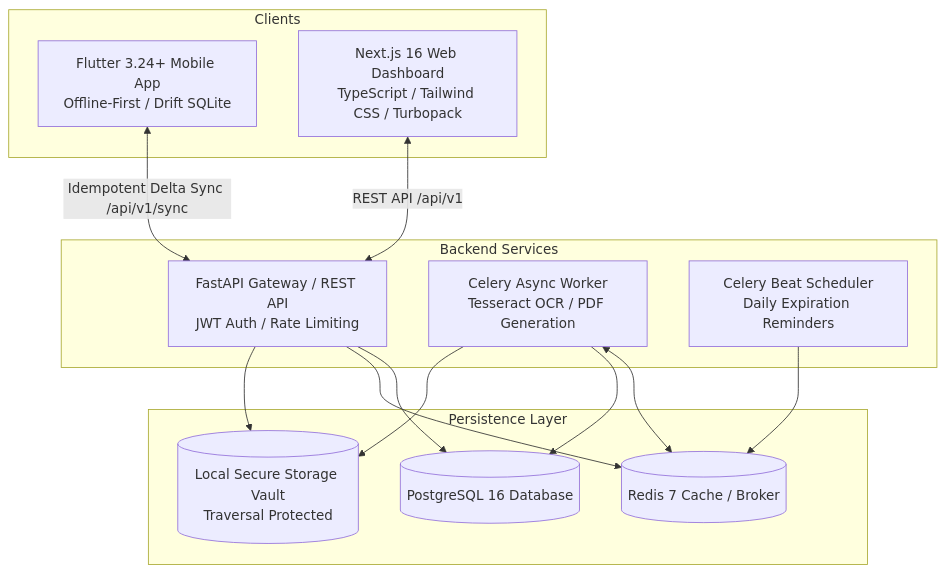
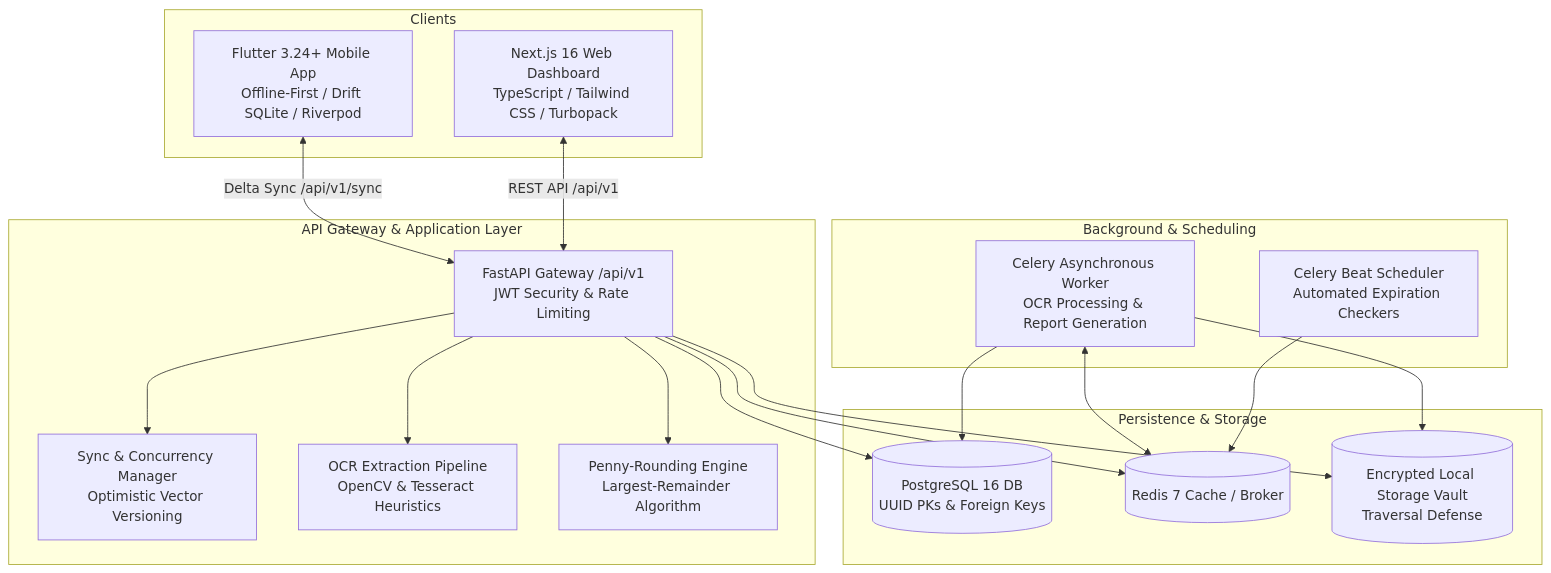
One commit to Ayyappanmj/Vaultly changed the first of 2 diagrams in README.md. Above: the diagram before and after it, drawn with Mermaid. The commit also changed other lines of this file and 3 other files, not shown here.

Commit message:
docs: overhaul README with system architecture, engineering deep dives, and test documentation

````diff
--- a/README.md
+++ b/README.md
@@ -16,31 +40,41 @@
 ```mermaid
-graph TD
+graph TB
     subgraph Clients
-        Mobile[Flutter 3.24+ Mobile App<br/>Offline-First / Drift SQLite]
+        Mobile[Flutter 3.24+ Mobile App<br/>Offline-First / Drift SQLite / Riverpod]
         Web[Next.js 16 Web Dashboard<br/>TypeScript / Tailwind CSS / Turbopack]
     end
 
-    subgraph Backend Services
-        API[FastAPI Gateway / REST API<br/>JWT Auth / Rate Limiting]
-        Worker[Celery Async Worker<br/>Tesseract OCR / PDF Generation]
-        Beat[Celery Beat Scheduler<br/>Daily Expiration Reminders]
+    subgraph "API Gateway & Application Layer"
+        FastAPI[FastAPI Gateway /api/v1<br/>JWT Security & Rate Limiting]
+        SyncEngine[Sync & Concurrency Manager<br/>Optimistic Vector Versioning]
+        OCREngine[OCR Extraction Pipeline<br/>OpenCV & Tesseract Heuristics]
+        SplitEngine[Penny-Rounding Engine<br/>Largest-Remainder Algorithm]
     end
 
-    subgraph Persistence Layer
-        DB[(PostgreSQL 16 Database)]
-        Cache[(Redis 7 Cache / Broker)]
-        Storage[(Local Secure Storage Vault<br/>Traversal Protected)]
+    subgraph "Background & Scheduling"
+        CeleryWorker[Celery Asynchronous Worker<br/>OCR Processing & Report Generation]
+        CeleryBeat[Celery Beat Scheduler<br/>Automated Expiration Checkers]
     end
 
-    Mobile <-->|Idempotent Delta Sync /api/v1/sync| API
-    Web <-->|REST API /api/v1| API
+    subgraph "Persistence & Storage"
+        Postgres[(PostgreSQL 16 DB<br/>UUID PKs & Foreign Keys)]
+        Redis[(Redis 7 Cache / Broker)]
+        SecureVault[(Encrypted Local Storage Vault<br/>Traversal Defense)]
+    end
 
-    API --> DB
-    API --> Cache
-    API --> Storage
+    Mobile <-->|Delta Sync /api/v1/sync| FastAPI
+    Web <-->|REST API /api/v1| FastAPI
 
-    Worker <--> Cache
-    Worker --> DB
-    Worker --> Storage
-    Beat --> Cache
+    FastAPI --> SyncEngine
+    FastAPI --> OCREngine
+    FastAPI --> SplitEngine
+
+    FastAPI --> Postgres
+    FastAPI --> Redis
+    FastAPI --> SecureVault
+
+    CeleryWorker <--> Redis
+    CeleryWorker --> Postgres
+    CeleryWorker --> SecureVault
+    CeleryBeat --> Redis
 ```
````
